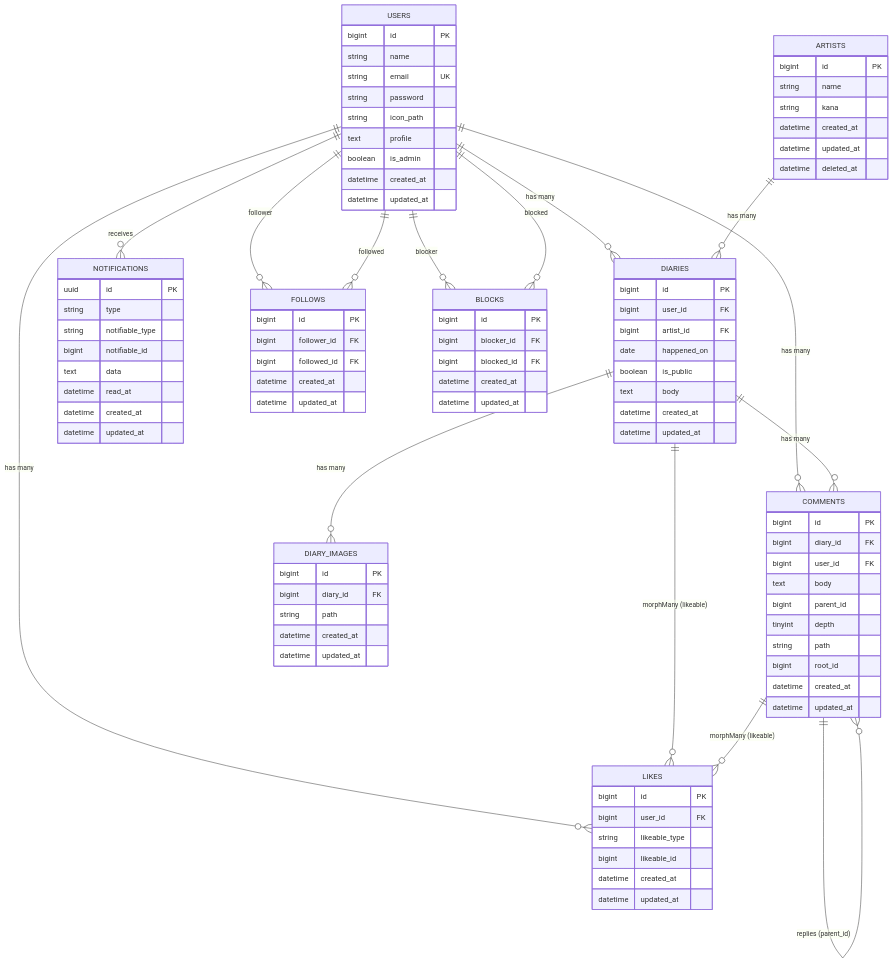
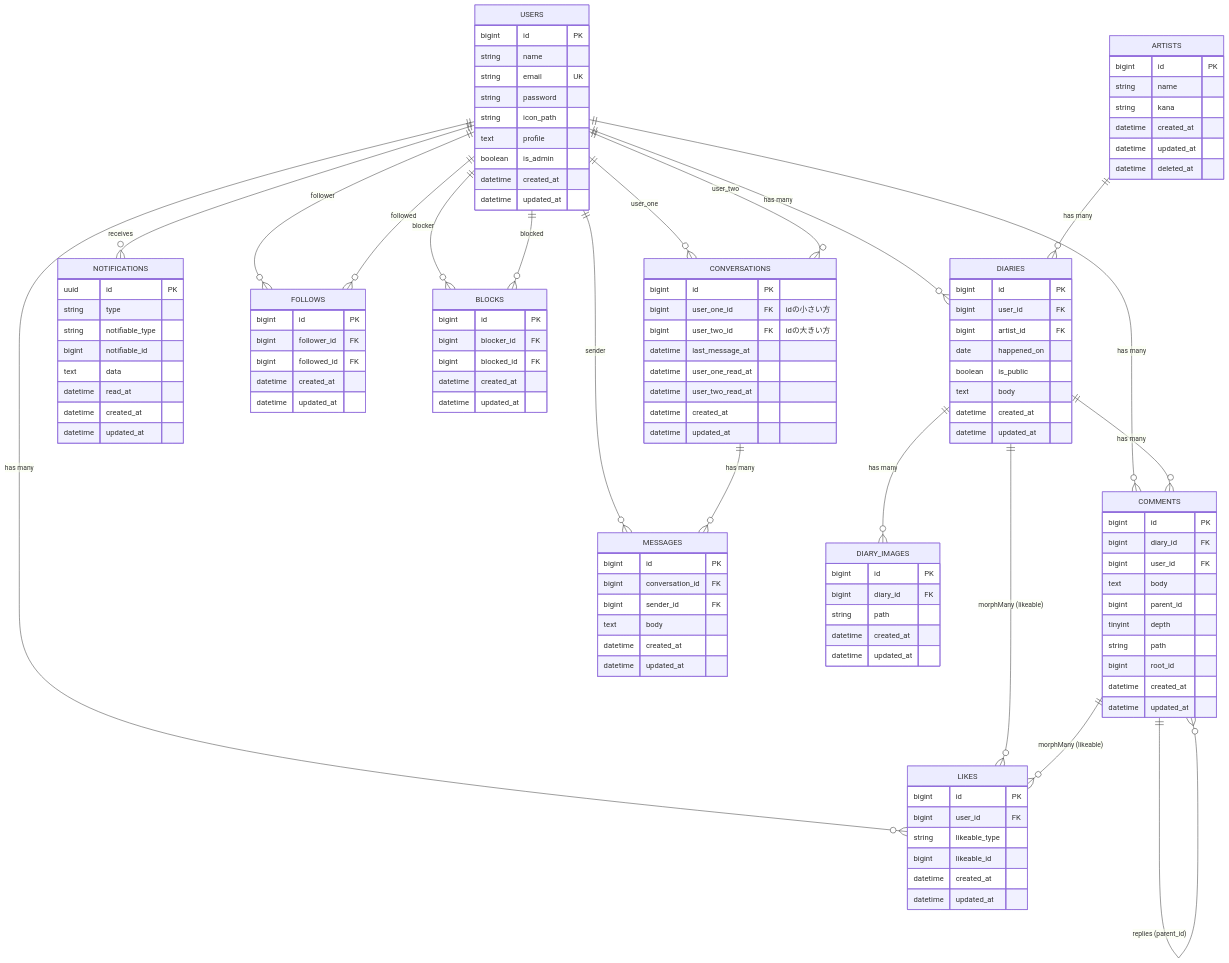
One commit to ichitaka58/oshi-graphy changed the diagram in README.md. Above: the diagram before and after it, drawn with Mermaid. The commit also changed other lines of this file, not shown here.

Commit message:
docs: READMEにDM機能とBlade版フロントの閉鎖を反映

```diff
--- a/README.md
+++ b/README.md
@@ -146,6 +153,11 @@
     USERS ||--o{ FOLLOWS : "followed"
     USERS ||--o{ BLOCKS : "blocker"
     USERS ||--o{ BLOCKS : "blocked"
+    USERS ||--o{ CONVERSATIONS : "user_one"
+    USERS ||--o{ CONVERSATIONS : "user_two"
+    USERS ||--o{ MESSAGES : "sender"
+
+    CONVERSATIONS ||--o{ MESSAGES : "has many"
 
     ARTISTS ||--o{ DIARIES : "has many"
 
@@ -233,6 +245,26 @@
         datetime updated_at
     }
 
+    CONVERSATIONS {
+        bigint id PK
+        bigint user_one_id FK "idの小さい方"
+        bigint user_two_id FK "idの大きい方"
+        datetime last_message_at
+        datetime user_one_read_at
+        datetime user_two_read_at
+        datetime created_at
+        datetime updated_at
+    }
+
+    MESSAGES {
+        bigint id PK
+        bigint conversation_id FK
+        bigint sender_id FK
+        text   body
+        datetime created_at
+        datetime updated_at
+    }
+
     NOTIFICATIONS {
         uuid id PK
         string type
```
